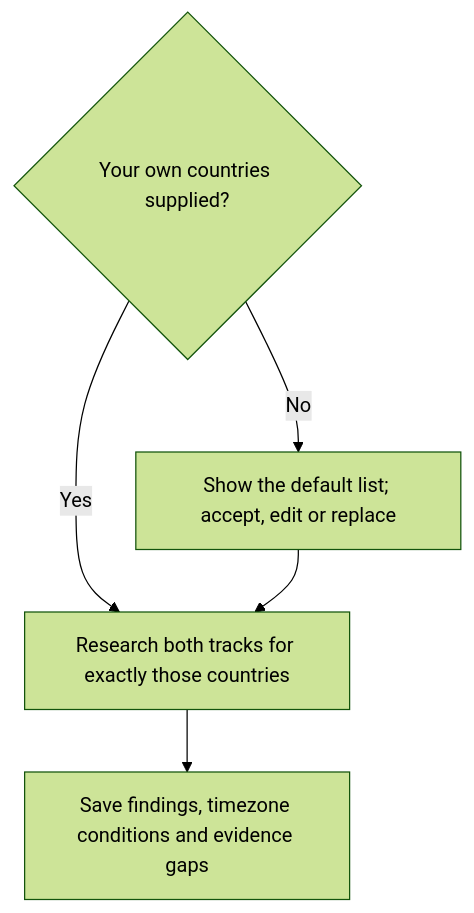
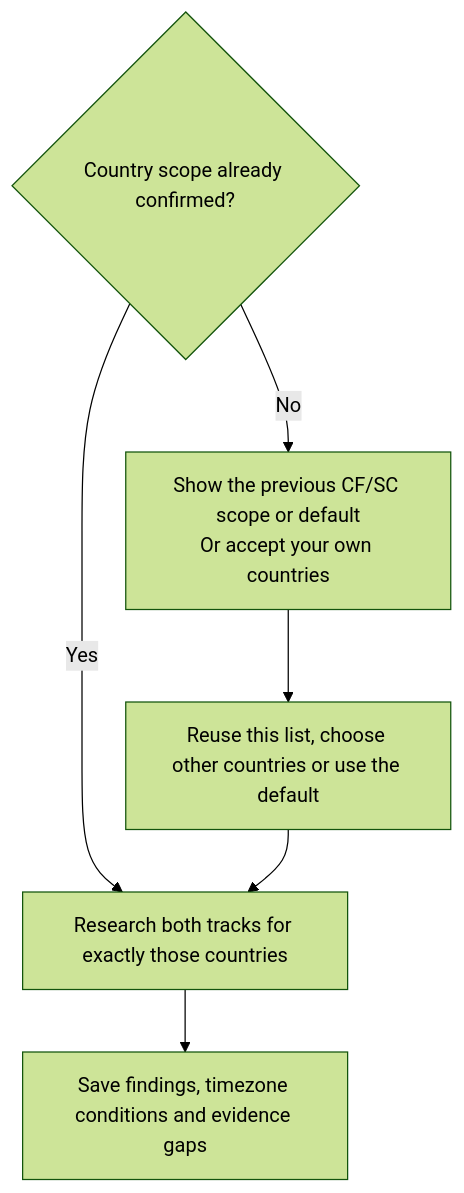
Before and after one commit to myowinthein/agent-compass: the diagram in docs/commands/country-finder/step2-country-discovery.md, drawn with Mermaid (forest theme). The commit also changed other lines of this file and 26 other files, not shown here.

````diff
--- a/docs/commands/country-finder/step2-country-discovery.md
+++ b/docs/commands/country-finder/step2-country-discovery.md
@@ -19,7 +19,8 @@
 ```mermaid
 flowchart TD
-  Scope{"Your own countries supplied?"} -->|Yes| Research["Research both tracks for exactly those countries"]
-  Scope -->|No| Offer["Show the default list; accept, edit or replace"]
-  Offer --> Research
+  Scope{"Country scope already confirmed?"} -->|Yes| Research["Research both tracks for exactly those countries"]
+  Scope -->|No| Offer["Show the previous CF/SC scope or default<br/>Or accept your own countries"]
+  Offer --> Confirm["Reuse this list, choose other countries or use the default"]
+  Confirm --> Research
   Research --> Save["Save findings, timezone conditions and evidence gaps"]
 ```
````
